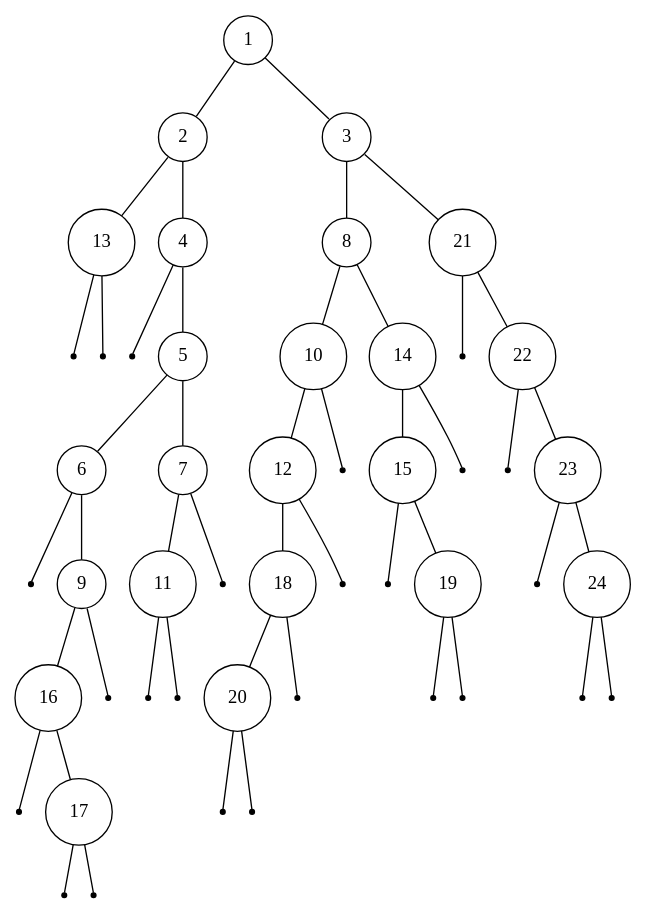
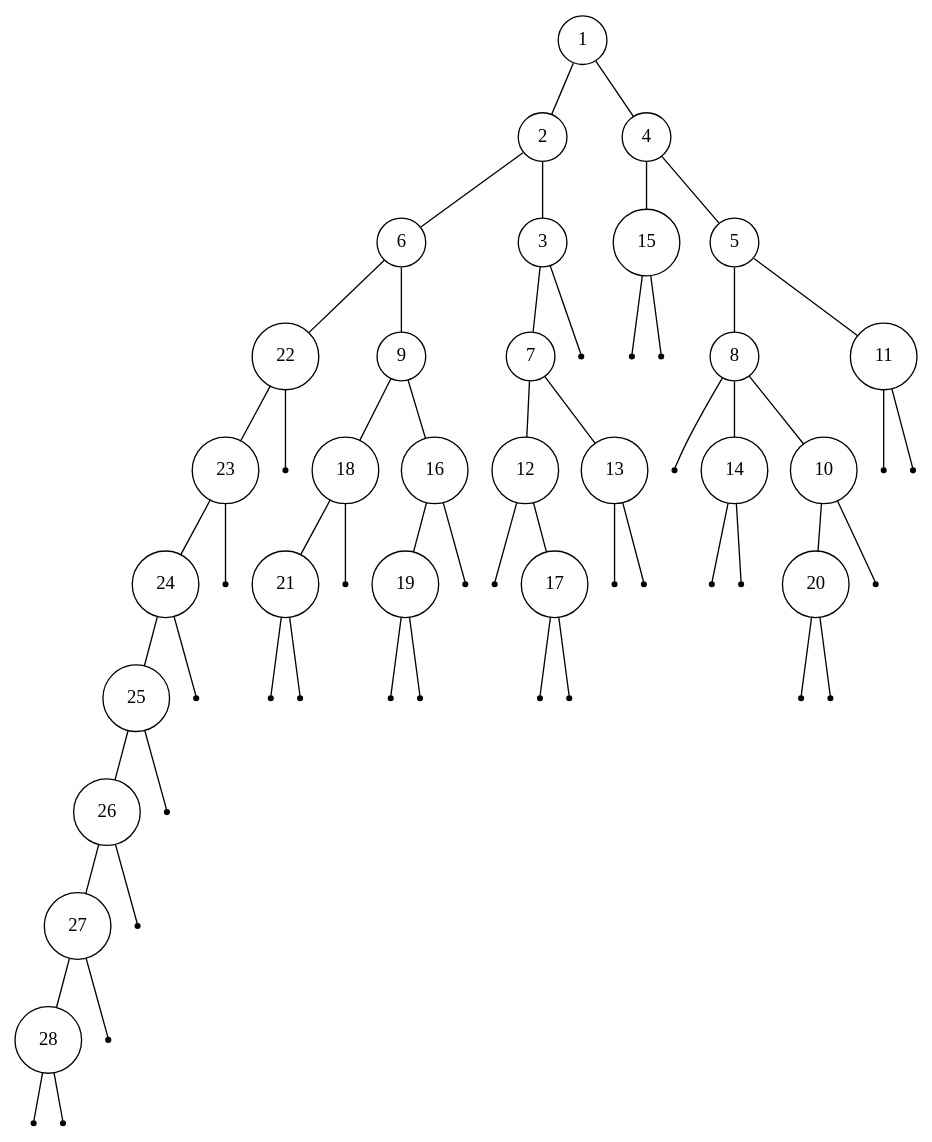
The diagram in tree/test6.dot (Shaolans/Projet_AAGA), drawn with Graphviz before and after one commit. The commit also changed 13 other files, not shown here.

```diff
--- a/tree/test6.dot
+++ b/tree/test6.dot
@@ -1,100 +1,118 @@
 digraph {
   edge [arrowhead = none, arrowtail=none];
-treeimplementationSchroderTreeImpl4dd8dc3 [label="1", shape=circle, width=0.1];
-treeimplementationSchroderTreeImpl4dd8dc3 -> treeimplementationSchroderTreeImpl6d03e736;
-treeimplementationSchroderTreeImpl4dd8dc3 -> treeimplementationSchroderTreeImpl568db2f2;
-treeimplementationSchroderTreeImpl6d03e736 [label="2", shape=circle, width=0.1];
-treeimplementationSchroderTreeImpl6d03e736 -> treeimplementationSchroderTreeImpl378bf509;
-treeimplementationSchroderTreeImpl6d03e736 -> treeimplementationSchroderTreeImpl5fd0d5ae;
-treeimplementationSchroderTreeImpl378bf509 [label="13", shape=circle, width=0.1];
-treeimplementationSchroderTreeImpl378bf509 -> treeimplementationSchroderTreeImpl2d98a335;
-treeimplementationSchroderTreeImpl378bf509 -> treeimplementationSchroderTreeImpl16b98e56;
-treeimplementationSchroderTreeImpl2d98a335 [label="", shape=point];
-treeimplementationSchroderTreeImpl16b98e56 [label="", shape=point];
-treeimplementationSchroderTreeImpl5fd0d5ae [label="4", shape=circle, width=0.1];
-treeimplementationSchroderTreeImpl5fd0d5ae -> treeimplementationSchroderTreeImpl7ef20235;
-treeimplementationSchroderTreeImpl5fd0d5ae -> treeimplementationSchroderTreeImpl27d6c5e0;
-treeimplementationSchroderTreeImpl7ef20235 [label="", shape=point];
-treeimplementationSchroderTreeImpl27d6c5e0 [label="5", shape=circle, width=0.1];
-treeimplementationSchroderTreeImpl27d6c5e0 -> treeimplementationSchroderTreeImpl4f3f5b24;
-treeimplementationSchroderTreeImpl27d6c5e0 -> treeimplementationSchroderTreeImpl15aeb7ab;
-treeimplementationSchroderTreeImpl4f3f5b24 [label="6", shape=circle, width=0.1];
-treeimplementationSchroderTreeImpl4f3f5b24 -> treeimplementationSchroderTreeImpl7b23ec81;
-treeimplementationSchroderTreeImpl4f3f5b24 -> treeimplementationSchroderTreeImpl6acbcfc0;
-treeimplementationSchroderTreeImpl7b23ec81 [label="", shape=point];
-treeimplementationSchroderTreeImpl6acbcfc0 [label="9", shape=circle, width=0.1];
-treeimplementationSchroderTreeImpl6acbcfc0 -> treeimplementationSchroderTreeImpl5f184fc6;
-treeimplementationSchroderTreeImpl6acbcfc0 -> treeimplementationSchroderTreeImpl3feba861;
-treeimplementationSchroderTreeImpl5f184fc6 [label="16", shape=circle, width=0.1];
-treeimplementationSchroderTreeImpl5f184fc6 -> treeimplementationSchroderTreeImpl5b480cf9;
-treeimplementationSchroderTreeImpl5f184fc6 -> treeimplementationSchroderTreeImpl6f496d9f;
-treeimplementationSchroderTreeImpl5b480cf9 [label="", shape=point];
-treeimplementationSchroderTreeImpl6f496d9f [label="17", shape=circle, width=0.1];
-treeimplementationSchroderTreeImpl6f496d9f -> treeimplementationSchroderTreeImpl723279cf;
-treeimplementationSchroderTreeImpl6f496d9f -> treeimplementationSchroderTreeImpl10f87f48;
-treeimplementationSchroderTreeImpl723279cf [label="", shape=point];
-treeimplementationSchroderTreeImpl10f87f48 [label="", shape=point];
-treeimplementationSchroderTreeImpl3feba861 [label="", shape=point];
-treeimplementationSchroderTreeImpl15aeb7ab [label="7", shape=circle, width=0.1];
-treeimplementationSchroderTreeImpl15aeb7ab -> treeimplementationSchroderTreeImplb4c966a;
-treeimplementationSchroderTreeImpl15aeb7ab -> treeimplementationSchroderTreeImpl2f4d3709;
-treeimplementationSchroderTreeImplb4c966a [label="11", shape=circle, width=0.1];
-treeimplementationSchroderTreeImplb4c966a -> treeimplementationSchroderTreeImpl4e50df2e;
-treeimplementationSchroderTreeImplb4c966a -> treeimplementationSchroderTreeImpl1d81eb93;
-treeimplementationSchroderTreeImpl4e50df2e [label="", shape=point];
-treeimplementationSchroderTreeImpl1d81eb93 [label="", shape=point];
-treeimplementationSchroderTreeImpl2f4d3709 [label="", shape=point];
-treeimplementationSchroderTreeImpl568db2f2 [label="3", shape=circle, width=0.1];
-treeimplementationSchroderTreeImpl568db2f2 -> treeimplementationSchroderTreeImpl7291c18f;
-treeimplementationSchroderTreeImpl568db2f2 -> treeimplementationSchroderTreeImpl34a245ab;
-treeimplementationSchroderTreeImpl7291c18f [label="8", shape=circle, width=0.1];
-treeimplementationSchroderTreeImpl7291c18f -> treeimplementationSchroderTreeImpl7cc355be;
-treeimplementationSchroderTreeImpl7291c18f -> treeimplementationSchroderTreeImpl6e8cf4c6;
-treeimplementationSchroderTreeImpl7cc355be [label="10", shape=circle, width=0.1];
-treeimplementationSchroderTreeImpl7cc355be -> treeimplementationSchroderTreeImpl12edcd21;
-treeimplementationSchroderTreeImpl7cc355be -> treeimplementationSchroderTreeImpl34c45dca;
-treeimplementationSchroderTreeImpl12edcd21 [label="12", shape=circle, width=0.1];
-treeimplementationSchroderTreeImpl12edcd21 -> treeimplementationSchroderTreeImpl52cc8049;
-treeimplementationSchroderTreeImpl12edcd21 -> treeimplementationSchroderTreeImpl5b6f7412;
-treeimplementationSchroderTreeImpl52cc8049 [label="18", shape=circle, width=0.1];
-treeimplementationSchroderTreeImpl52cc8049 -> treeimplementationSchroderTreeImpl27973e9b;
-treeimplementationSchroderTreeImpl52cc8049 -> treeimplementationSchroderTreeImpl312b1dae;
-treeimplementationSchroderTreeImpl27973e9b [label="20", shape=circle, width=0.1];
-treeimplementationSchroderTreeImpl27973e9b -> treeimplementationSchroderTreeImpl7530d0a;
-treeimplementationSchroderTreeImpl27973e9b -> treeimplementationSchroderTreeImpl27bc2616;
-treeimplementationSchroderTreeImpl7530d0a [label="", shape=point];
-treeimplementationSchroderTreeImpl27bc2616 [label="", shape=point];
-treeimplementationSchroderTreeImpl312b1dae [label="", shape=point];
-treeimplementationSchroderTreeImpl5b6f7412 [label="", shape=point];
-treeimplementationSchroderTreeImpl34c45dca [label="", shape=point];
-treeimplementationSchroderTreeImpl6e8cf4c6 [label="14", shape=circle, width=0.1];
-treeimplementationSchroderTreeImpl6e8cf4c6 -> treeimplementationSchroderTreeImpl3941a79c;
-treeimplementationSchroderTreeImpl6e8cf4c6 -> treeimplementationSchroderTreeImpl506e1b77;
-treeimplementationSchroderTreeImpl3941a79c [label="15", shape=circle, width=0.1];
-treeimplementationSchroderTreeImpl3941a79c -> treeimplementationSchroderTreeImpl4fca772d;
-treeimplementationSchroderTreeImpl3941a79c -> treeimplementationSchroderTreeImpl9807454;
-treeimplementationSchroderTreeImpl4fca772d [label="", shape=point];
-treeimplementationSchroderTreeImpl9807454 [label="19", shape=circle, width=0.1];
-treeimplementationSchroderTreeImpl9807454 -> treeimplementationSchroderTreeImpl3d494fbf;
-treeimplementationSchroderTreeImpl9807454 -> treeimplementationSchroderTreeImpl1ddc4ec2;
-treeimplementationSchroderTreeImpl3d494fbf [label="", shape=point];
-treeimplementationSchroderTreeImpl1ddc4ec2 [label="", shape=point];
-treeimplementationSchroderTreeImpl506e1b77 [label="", shape=point];
-treeimplementationSchroderTreeImpl34a245ab [label="21", shape=circle, width=0.1];
-treeimplementationSchroderTreeImpl34a245ab -> treeimplementationSchroderTreeImpl133314b;
-treeimplementationSchroderTreeImpl34a245ab -> treeimplementationSchroderTreeImplb1bc7ed;
-treeimplementationSchroderTreeImpl133314b [label="", shape=point];
-treeimplementationSchroderTreeImplb1bc7ed [label="22", shape=circle, width=0.1];
-treeimplementationSchroderTreeImplb1bc7ed -> treeimplementationSchroderTreeImpl7cd84586;
-treeimplementationSchroderTreeImplb1bc7ed -> treeimplementationSchroderTreeImpl30dae81;
-treeimplementationSchroderTreeImpl7cd84586 [label="", shape=point];
-treeimplementationSchroderTreeImpl30dae81 [label="23", shape=circle, width=0.1];
-treeimplementationSchroderTreeImpl30dae81 -> treeimplementationSchroderTreeImpl1b2c6ec2;
-treeimplementationSchroderTreeImpl30dae81 -> treeimplementationSchroderTreeImpl4edde6e5;
-treeimplementationSchroderTreeImpl1b2c6ec2 [label="", shape=point];
-treeimplementationSchroderTreeImpl4edde6e5 [label="24", shape=circle, width=0.1];
-treeimplementationSchroderTreeImpl4edde6e5 -> treeimplementationSchroderTreeImpl70177ecd;
-treeimplementationSchroderTreeImpl4edde6e5 -> treeimplementationSchroderTreeImpl1e80bfe8;
-treeimplementationSchroderTreeImpl70177ecd [label="", shape=point];
-treeimplementationSchroderTreeImpl1e80bfe8 [label="", shape=point];
+treeimplementationSchroderTreeImpl4aa298b7 [label="1", shape=circle, width=0.1];
+treeimplementationSchroderTreeImpl4aa298b7 -> treeimplementationSchroderTreeImpl7d4991ad;
+treeimplementationSchroderTreeImpl4aa298b7 -> treeimplementationSchroderTreeImpl28d93b30;
+treeimplementationSchroderTreeImpl7d4991ad [label="2", shape=circle, width=0.1];
+treeimplementationSchroderTreeImpl7d4991ad -> treeimplementationSchroderTreeImpl1b6d3586;
+treeimplementationSchroderTreeImpl7d4991ad -> treeimplementationSchroderTreeImpl4554617c;
+treeimplementationSchroderTreeImpl1b6d3586 [label="6", shape=circle, width=0.1];
+treeimplementationSchroderTreeImpl1b6d3586 -> treeimplementationSchroderTreeImpl74a14482;
+treeimplementationSchroderTreeImpl1b6d3586 -> treeimplementationSchroderTreeImpl1540e19d;
+treeimplementationSchroderTreeImpl74a14482 [label="22", shape=circle, width=0.1];
+treeimplementationSchroderTreeImpl74a14482 -> treeimplementationSchroderTreeImpl677327b6;
+treeimplementationSchroderTreeImpl74a14482 -> treeimplementationSchroderTreeImpl14ae5a5;
+treeimplementationSchroderTreeImpl677327b6 [label="23", shape=circle, width=0.1];
+treeimplementationSchroderTreeImpl677327b6 -> treeimplementationSchroderTreeImpl7f31245a;
+treeimplementationSchroderTreeImpl677327b6 -> treeimplementationSchroderTreeImpl6d6f6e28;
+treeimplementationSchroderTreeImpl7f31245a [label="24", shape=circle, width=0.1];
+treeimplementationSchroderTreeImpl7f31245a -> treeimplementationSchroderTreeImpl135fbaa4;
+treeimplementationSchroderTreeImpl7f31245a -> treeimplementationSchroderTreeImpl45ee12a7;
+treeimplementationSchroderTreeImpl135fbaa4 [label="25", shape=circle, width=0.1];
+treeimplementationSchroderTreeImpl135fbaa4 -> treeimplementationSchroderTreeImpl330bedb4;
+treeimplementationSchroderTreeImpl135fbaa4 -> treeimplementationSchroderTreeImpl2503dbd3;
+treeimplementationSchroderTreeImpl330bedb4 [label="26", shape=circle, width=0.1];
+treeimplementationSchroderTreeImpl330bedb4 -> treeimplementationSchroderTreeImpl4b67cf4d;
+treeimplementationSchroderTreeImpl330bedb4 -> treeimplementationSchroderTreeImpl7ea987ac;
+treeimplementationSchroderTreeImpl4b67cf4d [label="27", shape=circle, width=0.1];
+treeimplementationSchroderTreeImpl4b67cf4d -> treeimplementationSchroderTreeImpl12a3a380;
+treeimplementationSchroderTreeImpl4b67cf4d -> treeimplementationSchroderTreeImpl29453f44;
+treeimplementationSchroderTreeImpl12a3a380 [label="28", shape=circle, width=0.1];
+treeimplementationSchroderTreeImpl12a3a380 -> treeimplementationSchroderTreeImpl5cad8086;
+treeimplementationSchroderTreeImpl12a3a380 -> treeimplementationSchroderTreeImpl6e0be858;
+treeimplementationSchroderTreeImpl5cad8086 [label="", shape=point];
+treeimplementationSchroderTreeImpl6e0be858 [label="", shape=point];
+treeimplementationSchroderTreeImpl29453f44 [label="", shape=point];
+treeimplementationSchroderTreeImpl7ea987ac [label="", shape=point];
+treeimplementationSchroderTreeImpl2503dbd3 [label="", shape=point];
+treeimplementationSchroderTreeImpl45ee12a7 [label="", shape=point];
+treeimplementationSchroderTreeImpl6d6f6e28 [label="", shape=point];
+treeimplementationSchroderTreeImpl14ae5a5 [label="", shape=point];
+treeimplementationSchroderTreeImpl1540e19d [label="9", shape=circle, width=0.1];
+treeimplementationSchroderTreeImpl1540e19d -> treeimplementationSchroderTreeImpl61bbe9ba;
+treeimplementationSchroderTreeImpl1540e19d -> treeimplementationSchroderTreeImpl610455d6;
+treeimplementationSchroderTreeImpl61bbe9ba [label="18", shape=circle, width=0.1];
+treeimplementationSchroderTreeImpl61bbe9ba -> treeimplementationSchroderTreeImpl511d50c0;
+treeimplementationSchroderTreeImpl61bbe9ba -> treeimplementationSchroderTreeImpl60e53b93;
+treeimplementationSchroderTreeImpl511d50c0 [label="21", shape=circle, width=0.1];
+treeimplementationSchroderTreeImpl511d50c0 -> treeimplementationSchroderTreeImpl5e2de80c;
+treeimplementationSchroderTreeImpl511d50c0 -> treeimplementationSchroderTreeImpl1d44bcfa;
+treeimplementationSchroderTreeImpl5e2de80c [label="", shape=point];
+treeimplementationSchroderTreeImpl1d44bcfa [label="", shape=point];
+treeimplementationSchroderTreeImpl60e53b93 [label="", shape=point];
+treeimplementationSchroderTreeImpl610455d6 [label="16", shape=circle, width=0.1];
+treeimplementationSchroderTreeImpl610455d6 -> treeimplementationSchroderTreeImpl266474c2;
+treeimplementationSchroderTreeImpl610455d6 -> treeimplementationSchroderTreeImpl6f94fa3e;
+treeimplementationSchroderTreeImpl266474c2 [label="19", shape=circle, width=0.1];
+treeimplementationSchroderTreeImpl266474c2 -> treeimplementationSchroderTreeImpl5e481248;
+treeimplementationSchroderTreeImpl266474c2 -> treeimplementationSchroderTreeImpl66d3c617;
+treeimplementationSchroderTreeImpl5e481248 [label="", shape=point];
+treeimplementationSchroderTreeImpl66d3c617 [label="", shape=point];
+treeimplementationSchroderTreeImpl6f94fa3e [label="", shape=point];
+treeimplementationSchroderTreeImpl4554617c [label="3", shape=circle, width=0.1];
+treeimplementationSchroderTreeImpl4554617c -> treeimplementationSchroderTreeImpl63947c6b;
+treeimplementationSchroderTreeImpl4554617c -> treeimplementationSchroderTreeImpl2b193f2d;
+treeimplementationSchroderTreeImpl63947c6b [label="7", shape=circle, width=0.1];
+treeimplementationSchroderTreeImpl63947c6b -> treeimplementationSchroderTreeImpl355da254;
+treeimplementationSchroderTreeImpl63947c6b -> treeimplementationSchroderTreeImpl4dc63996;
+treeimplementationSchroderTreeImpl355da254 [label="12", shape=circle, width=0.1];
+treeimplementationSchroderTreeImpl355da254 -> treeimplementationSchroderTreeImpld716361;
+treeimplementationSchroderTreeImpl355da254 -> treeimplementationSchroderTreeImpl6ff3c5b5;
+treeimplementationSchroderTreeImpld716361 [label="", shape=point];
+treeimplementationSchroderTreeImpl6ff3c5b5 [label="17", shape=circle, width=0.1];
+treeimplementationSchroderTreeImpl6ff3c5b5 -> treeimplementationSchroderTreeImpl3764951d;
+treeimplementationSchroderTreeImpl6ff3c5b5 -> treeimplementationSchroderTreeImpl4b1210ee;
+treeimplementationSchroderTreeImpl3764951d [label="", shape=point];
+treeimplementationSchroderTreeImpl4b1210ee [label="", shape=point];
+treeimplementationSchroderTreeImpl4dc63996 [label="13", shape=circle, width=0.1];
+treeimplementationSchroderTreeImpl4dc63996 -> treeimplementationSchroderTreeImpl4d7e1886;
+treeimplementationSchroderTreeImpl4dc63996 -> treeimplementationSchroderTreeImpl3cd1a2f1;
+treeimplementationSchroderTreeImpl4d7e1886 [label="", shape=point];
+treeimplementationSchroderTreeImpl3cd1a2f1 [label="", shape=point];
+treeimplementationSchroderTreeImpl2b193f2d [label="", shape=point];
+treeimplementationSchroderTreeImpl28d93b30 [label="4", shape=circle, width=0.1];
+treeimplementationSchroderTreeImpl28d93b30 -> treeimplementationSchroderTreeImpl2f0e140b;
+treeimplementationSchroderTreeImpl28d93b30 -> treeimplementationSchroderTreeImpl7440e464;
+treeimplementationSchroderTreeImpl2f0e140b [label="15", shape=circle, width=0.1];
+treeimplementationSchroderTreeImpl2f0e140b -> treeimplementationSchroderTreeImpl49476842;
+treeimplementationSchroderTreeImpl2f0e140b -> treeimplementationSchroderTreeImpl78308db1;
+treeimplementationSchroderTreeImpl49476842 [label="", shape=point];
+treeimplementationSchroderTreeImpl78308db1 [label="", shape=point];
+treeimplementationSchroderTreeImpl7440e464 [label="5", shape=circle, width=0.1];
+treeimplementationSchroderTreeImpl7440e464 -> treeimplementationSchroderTreeImpl27c170f0;
+treeimplementationSchroderTreeImpl7440e464 -> treeimplementationSchroderTreeImpl5451c3a8;
+treeimplementationSchroderTreeImpl27c170f0 [label="8", shape=circle, width=0.1];
+treeimplementationSchroderTreeImpl27c170f0 -> treeimplementationSchroderTreeImpl2626b418;
+treeimplementationSchroderTreeImpl27c170f0 -> treeimplementationSchroderTreeImpl5a07e868;
+treeimplementationSchroderTreeImpl27c170f0 -> treeimplementationSchroderTreeImpl76ed5528;
+treeimplementationSchroderTreeImpl2626b418 [label="", shape=point];
+treeimplementationSchroderTreeImpl5a07e868 [label="14", shape=circle, width=0.1];
+treeimplementationSchroderTreeImpl5a07e868 -> treeimplementationSchroderTreeImpl2c7b84de;
+treeimplementationSchroderTreeImpl5a07e868 -> treeimplementationSchroderTreeImpl3fee733d;
+treeimplementationSchroderTreeImpl2c7b84de [label="", shape=point];
+treeimplementationSchroderTreeImpl3fee733d [label="", shape=point];
+treeimplementationSchroderTreeImpl76ed5528 [label="10", shape=circle, width=0.1];
+treeimplementationSchroderTreeImpl76ed5528 -> treeimplementationSchroderTreeImpl5acf9800;
+treeimplementationSchroderTreeImpl76ed5528 -> treeimplementationSchroderTreeImpl4617c264;
+treeimplementationSchroderTreeImpl5acf9800 [label="20", shape=circle, width=0.1];
+treeimplementationSchroderTreeImpl5acf9800 -> treeimplementationSchroderTreeImpl36baf30c;
+treeimplementationSchroderTreeImpl5acf9800 -> treeimplementationSchroderTreeImpl7a81197d;
+treeimplementationSchroderTreeImpl36baf30c [label="", shape=point];
+treeimplementationSchroderTreeImpl7a81197d [label="", shape=point];
+treeimplementationSchroderTreeImpl4617c264 [label="", shape=point];
+treeimplementationSchroderTreeImpl5451c3a8 [label="11", shape=circle, width=0.1];
+treeimplementationSchroderTreeImpl5451c3a8 -> treeimplementationSchroderTreeImpl5ca881b5;
+treeimplementationSchroderTreeImpl5451c3a8 -> treeimplementationSchroderTreeImpl24d46ca6;
+treeimplementationSchroderTreeImpl5ca881b5 [label="", shape=point];
+treeimplementationSchroderTreeImpl24d46ca6 [label="", shape=point];
 }
```
